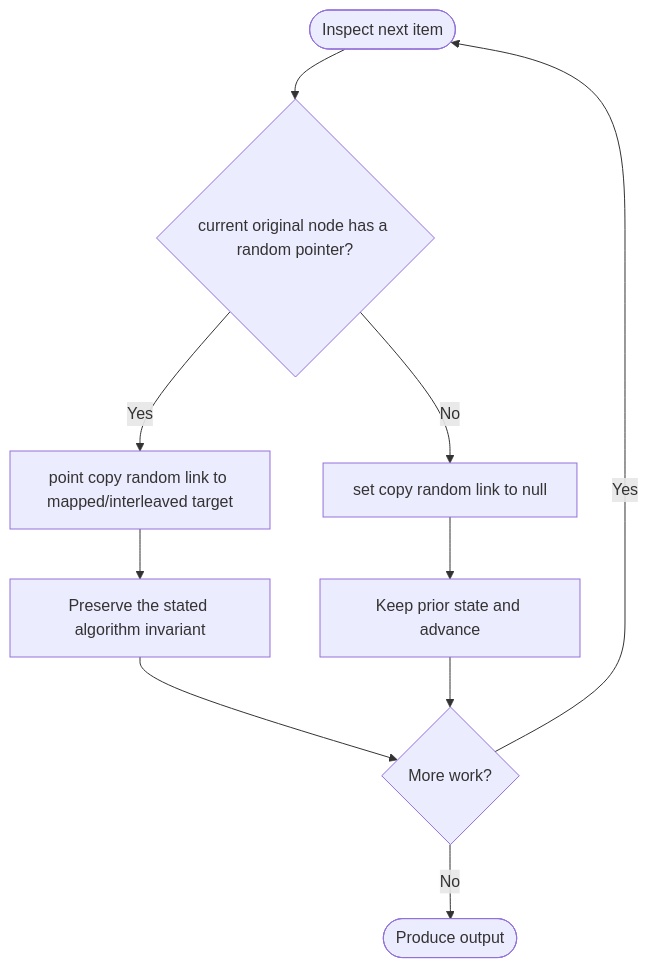
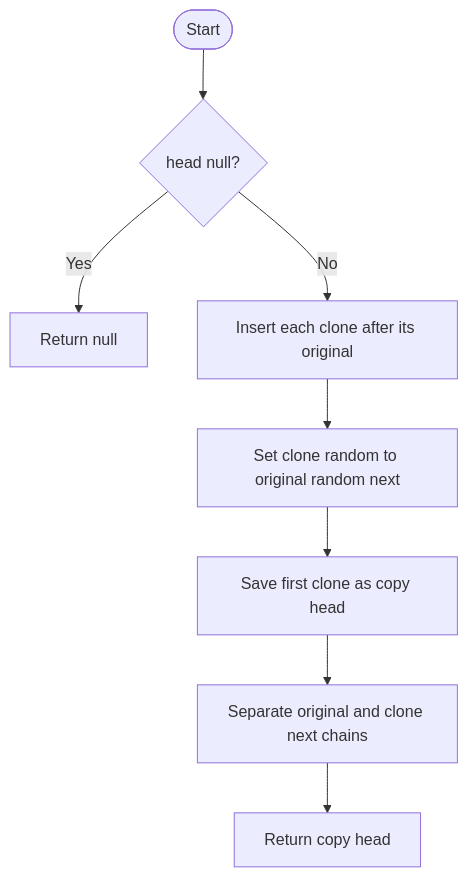
Before and after one commit to SAIDEEPBHANGE/C-CPP-Codes: the diagram in LeetCode/138/README.md, drawn with Mermaid. The commit also changed other lines of this file and 196 other files, not shown here.

````diff
--- a/LeetCode/138/README.md
+++ b/LeetCode/138/README.md
@@ -28,12 +30,10 @@
 ```mermaid
 flowchart TD
-    A([Inspect next item]) --> B{current original node has a random pointer?}
-    B -- Yes --> C[point copy random link to mapped/interleaved target]
-    B -- No --> D[set copy random link to null]
-    C --> E[Preserve the stated algorithm invariant]
-    D --> F[Keep prior state and advance]
-    E --> G{More work?}
-    F --> G
-    G -- Yes --> A
-    G -- No --> H([Produce output])
+ A([Start]) --> B{head null?}
+ B -- Yes --> C[Return null]
+ B -- No --> D[Insert each clone after its original]
+ D --> E[Set clone random to original random next]
+ E --> F[Save first clone as copy head]
+ F --> G[Separate original and clone next chains]
+ G --> H[Return copy head]
 ```
````
